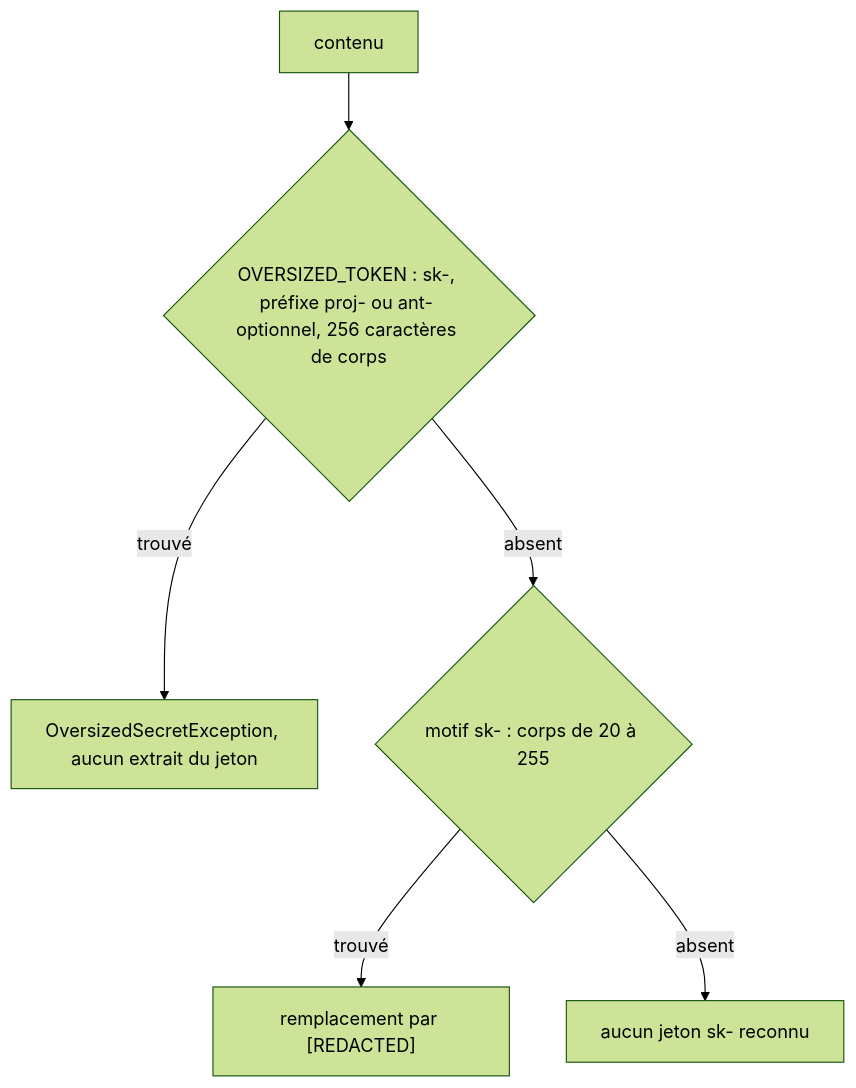
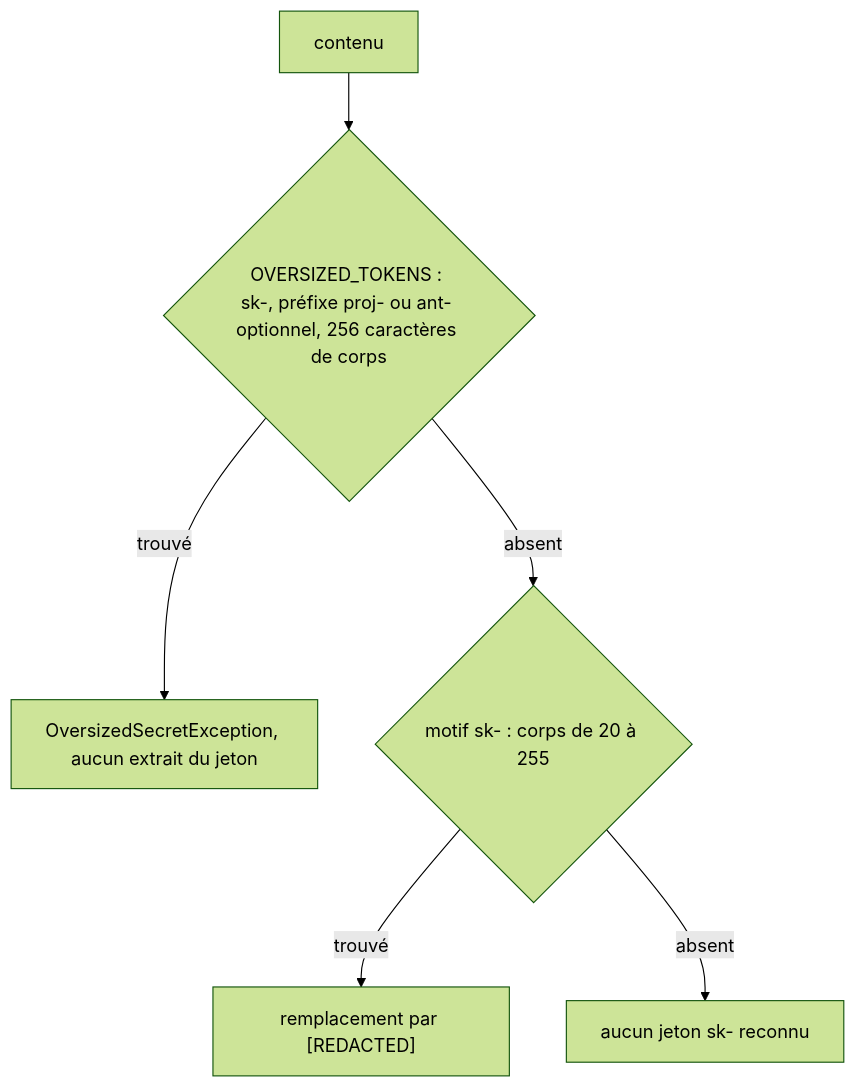
Before and after one commit to FTurleque/nexus-context-engine: the third of 4 diagrams in docs/developer/secret-redaction.md, drawn with Mermaid (forest theme). The commit also changed other lines of this file and 5 other files, not shown here.

````diff
--- a/docs/developer/secret-redaction.md
+++ b/docs/developer/secret-redaction.md
@@ -161,8 +161,8 @@
 ```mermaid
 flowchart TD
-    A[contenu] --> B{"OVERSIZED_TOKEN : sk-, préfixe proj- ou ant- optionnel, 256 caractères de corps"}
+    A[contenu] --> B{"OVERSIZED_TOKENS : sk-, préfixe proj- ou ant- optionnel, 256 caractères de corps"}
     B -- trouvé --> R["OversizedSecretException, aucun extrait du jeton"]
     B -- absent --> C{"motif sk- : corps de 20 à 255"}
     C -- trouvé --> M["remplacement par [REDACTED]"]
     C -- absent --> N["aucun jeton sk- reconnu"]
 ```
````
